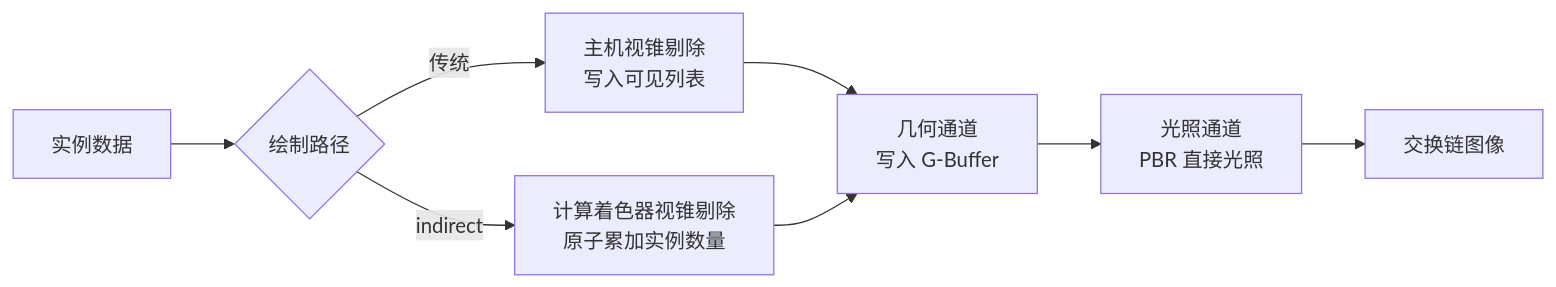
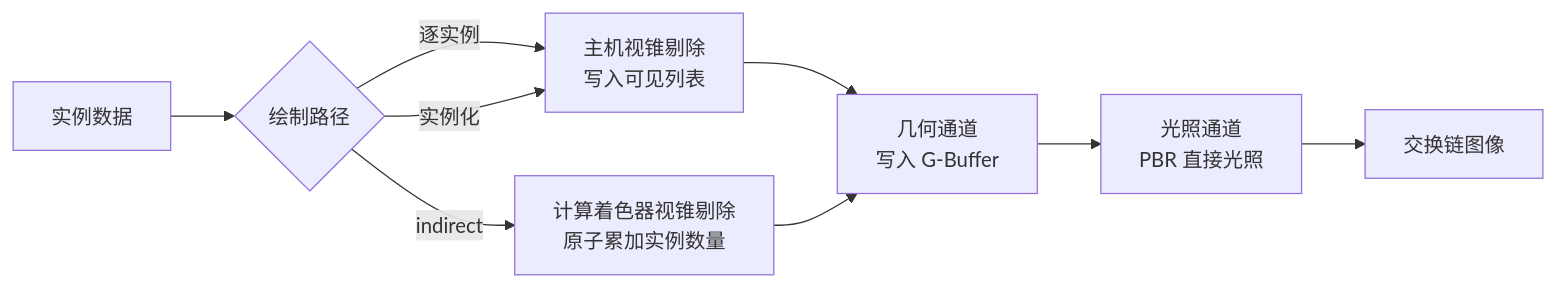
The diagram in README.md (CheapMeow/MeowVulkanDemos), drawn with Mermaid before and after one commit. The commit also changed other lines of this file and 7 other files, not shown here.

````diff
--- a/README.md
+++ b/README.md
@@ -134,10 +148,11 @@
 ```mermaid
 graph LR
     A[实例数据] --> B{绘制路径}
-    B -->|传统| C[主机视锥剔除<br/>写入可见列表]
+    B -->|逐实例| C[主机视锥剔除<br/>写入可见列表]
+    B -->|实例化| C
     B -->|indirect| D[计算着色器视锥剔除<br/>原子累加实例数量]
     C --> E[几何通道<br/>写入 G-Buffer]
     D --> E
     E --> F[光照通道<br/>PBR 直接光照]
     F --> G[交换链图像]
 ```
````
